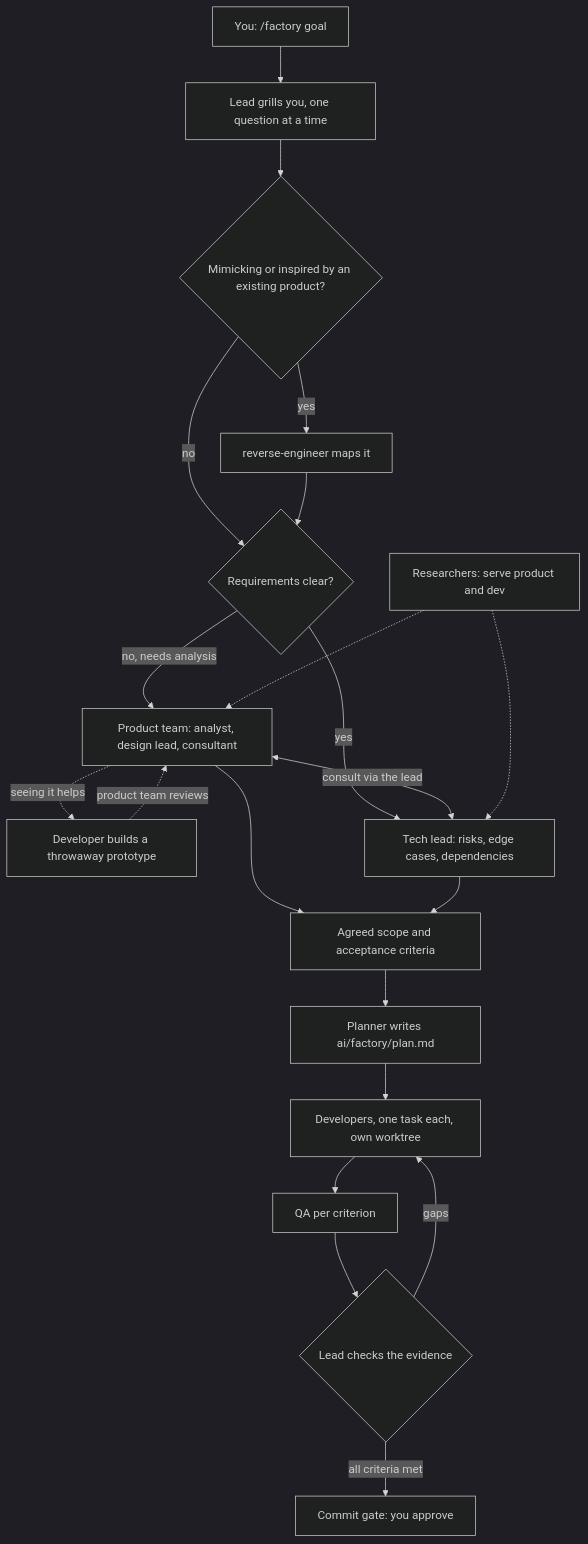
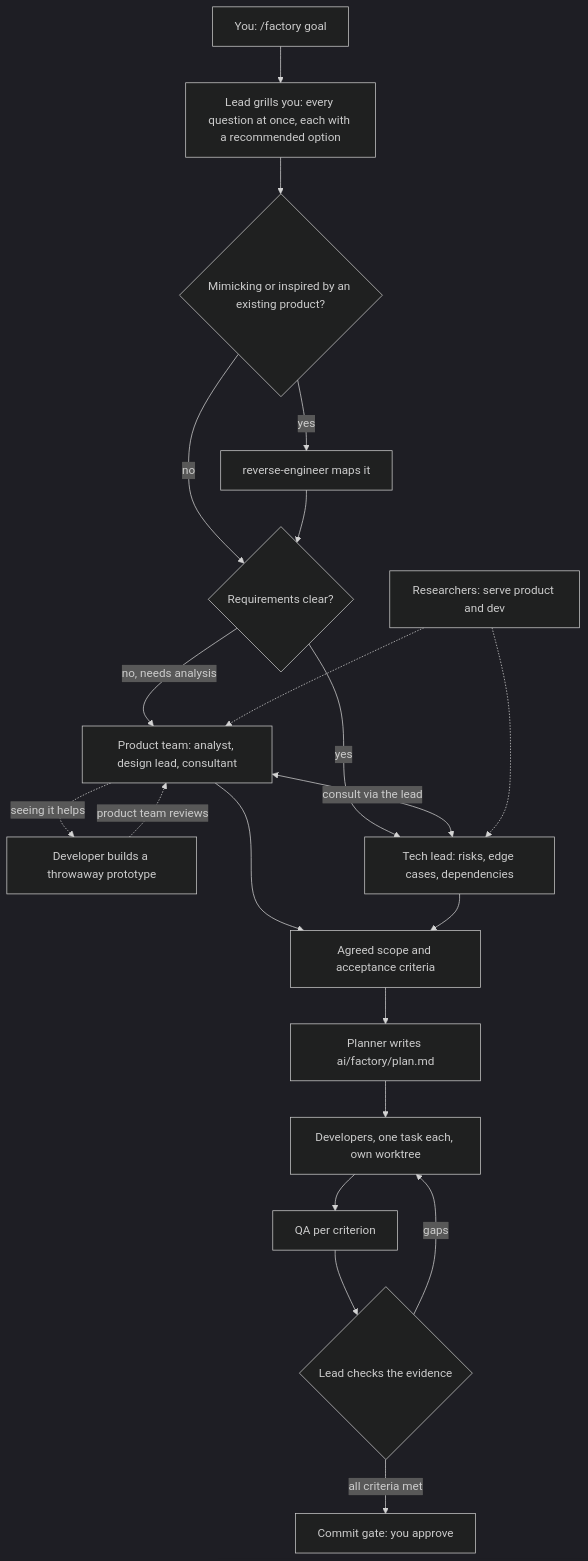
One commit to snj-adhikari/agent-dashboard changed the first of 3 diagrams in mods/factory/README.md. Above: the diagram before and after it, drawn with Mermaid (dark theme). The commit also changed other lines of this file and 3 other files, not shown here.

Commit message:
[TECH] factory: ask everything at once with recommended options

````diff
--- a/mods/factory/README.md
+++ b/mods/factory/README.md
@@ -44,23 +44,23 @@
 ```mermaid
 flowchart TD
-  A[You: /factory goal] --> B[Lead grills you, one question at a time]
+  A[You: /factory goal] --> B[Lead grills you: every question at once, each with a recommended option]
   B --> C{Mimicking or inspired by an existing product?}
   C -- yes --> D[reverse-engineer maps it]
   C -- no --> E{Requirements clear?}
   D --> E
   E -- no, needs analysis --> F[Product team: analyst, design lead, consultant]
   F -. seeing it helps .-> G[Developer builds a throwaway prototype]
   G -. product team reviews .-> F
   E -- yes --> H[Tech lead: risks, edge cases, dependencies]
   F <-->|consult via the lead| H
   F --> I[Agreed scope and acceptance criteria]
   H --> I
   R[Researchers: serve product and dev] -.-> F
   R -.-> H
   I --> J[Planner writes ai/factory/plan.md]
   J --> K[Developers, one task each, own worktree]
   K --> L[QA per criterion]
   L --> M{Lead checks the evidence}
   M -- gaps --> K
   M -- all criteria met --> N[Commit gate: you approve]
 ```
````
